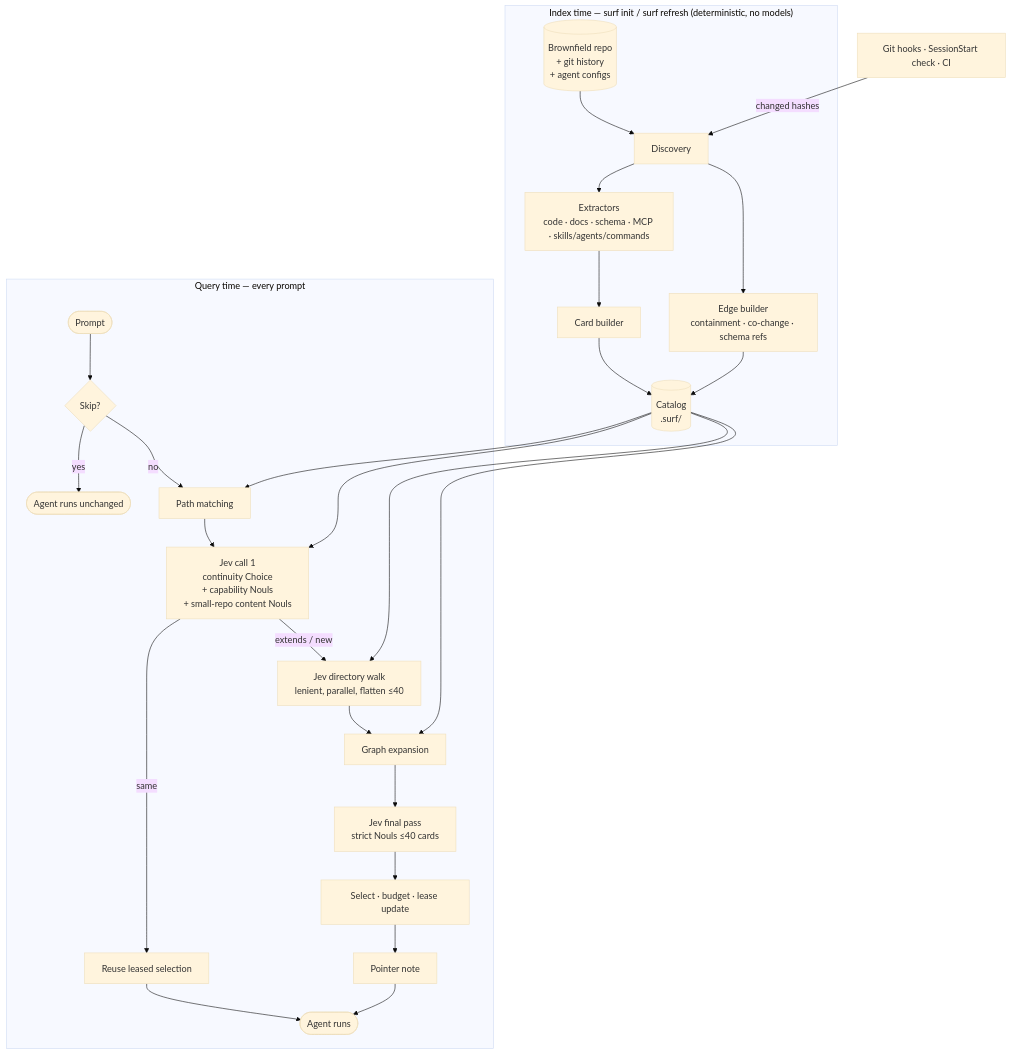
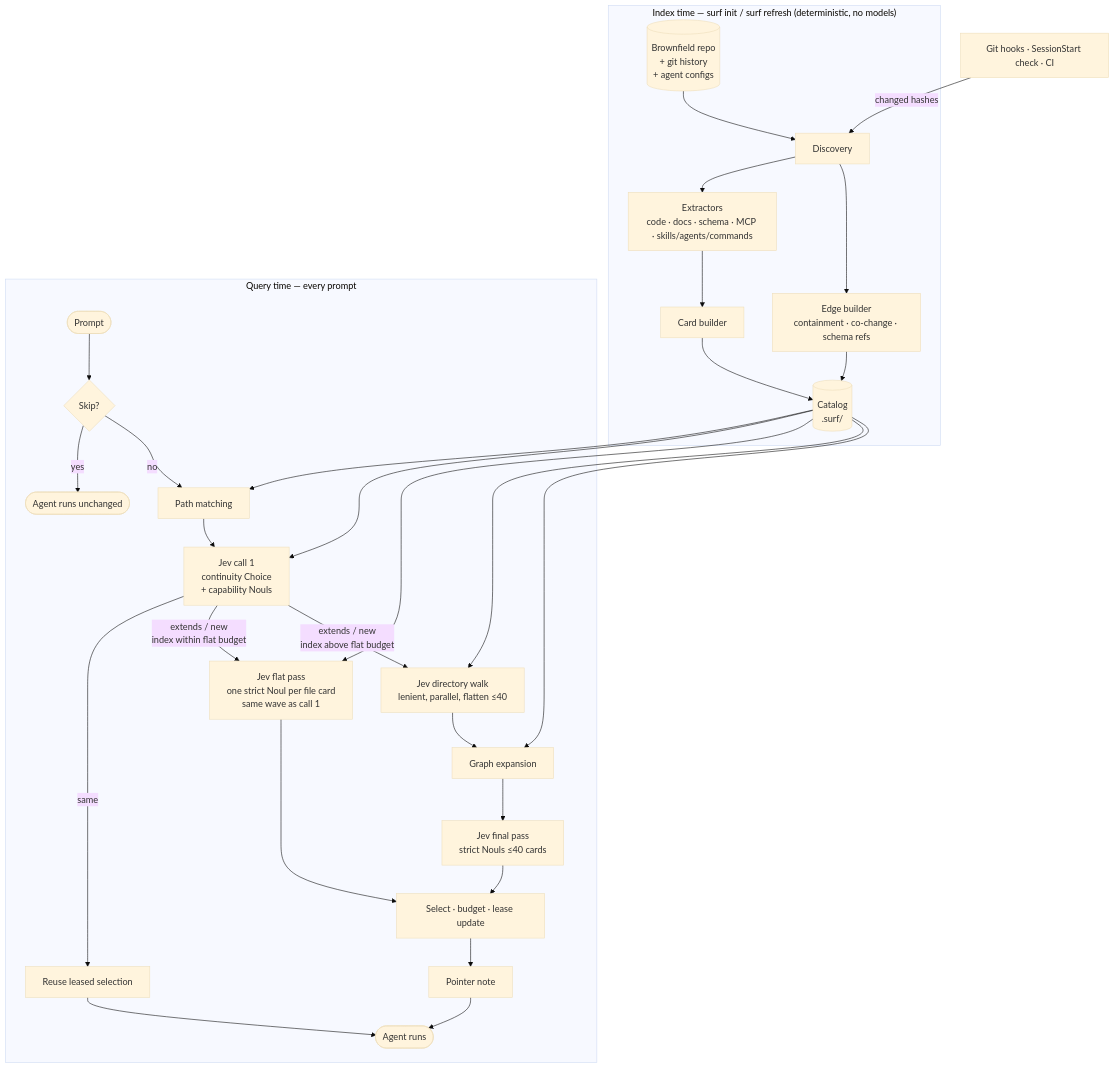
One commit to rileydrakedesign/jev-surfer changed the first of 3 diagrams in docs/spec/architecture-v1.md. Above: the diagram before and after it, drawn with Mermaid (base theme). The commit also changed other lines of this file and 17 other files, not shown here.

First line of the commit message:
Apply architecture review: flat-first routing, per-backend limits, HTTP/2

````diff
--- a/docs/spec/architecture-v1.md
+++ b/docs/spec/architecture-v1.md
@@ -185,32 +192,35 @@
 ```mermaid
 flowchart TB
     subgraph IDX["Index time — surf init / surf refresh (deterministic, no models)"]
         REPO[(Brownfield repo<br/>+ git history<br/>+ agent configs)] --> DISC[Discovery]
         DISC --> EXT[Extractors<br/>code · docs · schema · MCP · skills/agents/commands]
         EXT --> CARDS[Card builder]
         DISC --> EDGES[Edge builder<br/>containment · co-change · schema refs]
         CARDS --> CAT[(Catalog<br/>.surf/)]
         EDGES --> CAT
     end
 
     subgraph RT["Query time — every prompt"]
         P([Prompt]) --> SKIP{Skip?}
         SKIP -->|yes| PASS([Agent runs unchanged])
         SKIP -->|no| PM[Path matching]
-        PM --> C1[Jev call 1<br/>continuity Choice<br/>+ capability Nouls<br/>+ small-repo content Nouls]
+        PM --> C1[Jev call 1<br/>continuity Choice<br/>+ capability Nouls]
         C1 -->|same| LEASE[Reuse leased selection]
-        C1 -->|extends / new| WALK[Jev directory walk<br/>lenient, parallel, flatten ≤40]
+        C1 -->|extends / new<br/>index within flat budget| FLAT[Jev flat pass<br/>one strict Noul per file card<br/>same wave as call 1]
+        FLAT --> SEL
+        C1 -->|extends / new<br/>index above flat budget| WALK[Jev directory walk<br/>lenient, parallel, flatten ≤40]
         WALK --> EXP[Graph expansion]
         EXP --> FIN[Jev final pass<br/>strict Nouls ≤40 cards]
         FIN --> SEL[Select · budget · lease update]
         SEL --> NOTE[Pointer note]
         NOTE --> AGENT([Agent runs])
         LEASE --> AGENT
     end
 
     CAT --> PM
     CAT --> C1
+    CAT --> FLAT
     CAT --> WALK
     CAT --> EXP
     GIT[Git hooks · SessionStart check · CI] -->|changed hashes| DISC
 ```
````
